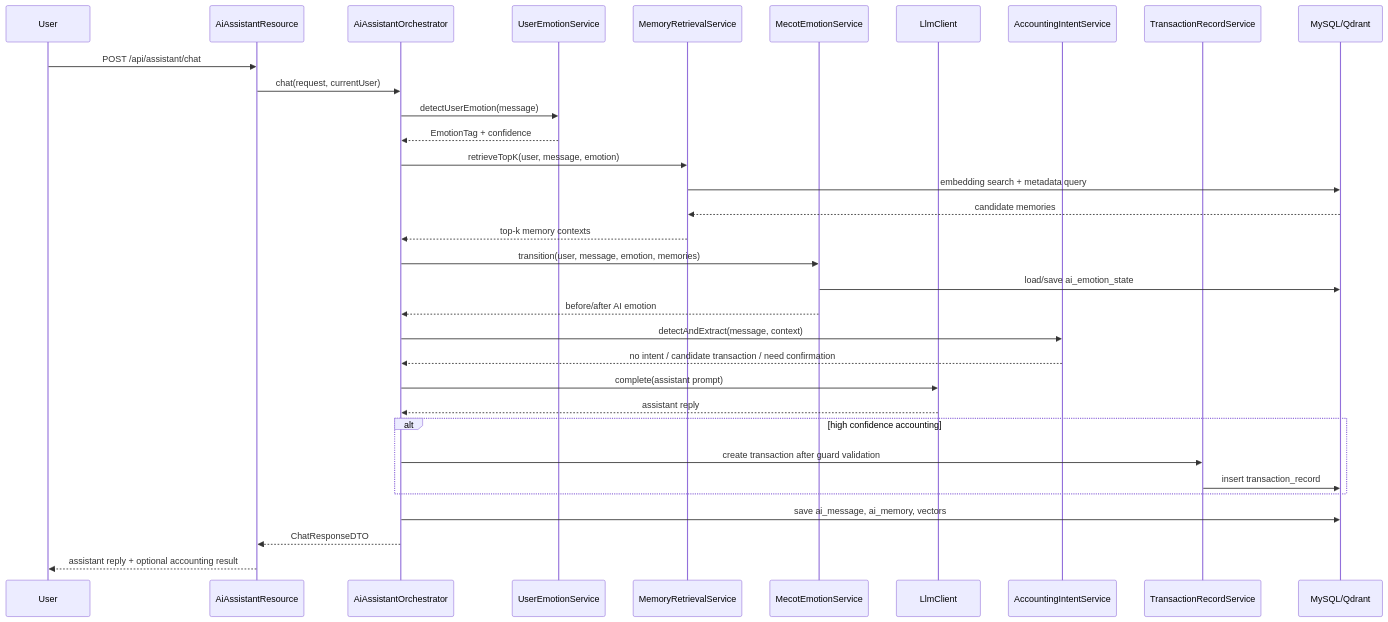
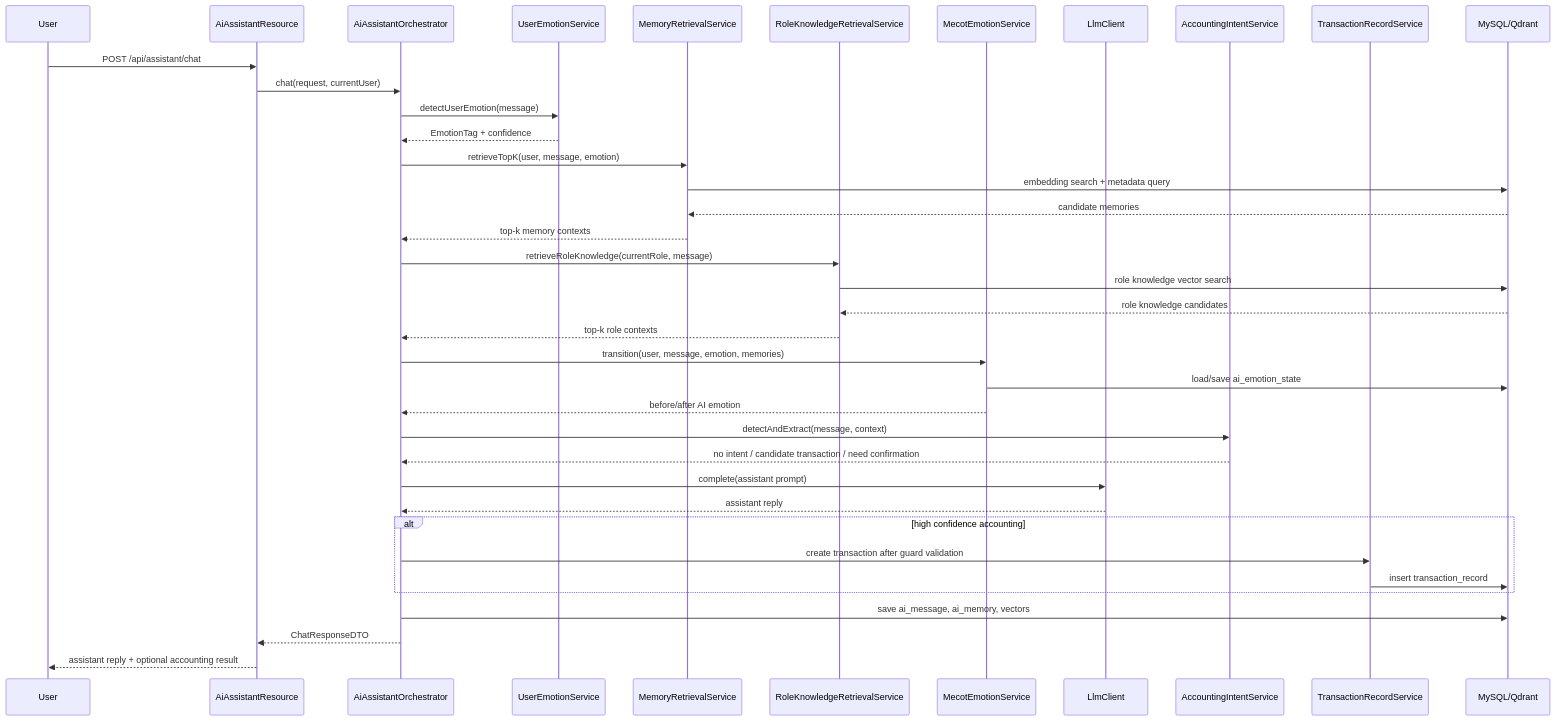
One commit to PurityDreemurr/EveryCent changed the diagram in docs/EveryCent_AI助理_MeCOT_RAG长期记忆详细设计文档.md. Above: the diagram before and after it, drawn with Mermaid. The commit also changed other lines of this file, not shown here.

````diff
--- a/docs/EveryCent_AI助理_MeCOT_RAG长期记忆详细设计文档.md
+++ b/docs/EveryCent_AI助理_MeCOT_RAG长期记忆详细设计文档.md
@@ -475,36 +677,41 @@
 ```mermaid
 sequenceDiagram
     participant U as User
     participant R as AiAssistantResource
     participant O as AiAssistantOrchestrator
     participant E as UserEmotionService
     participant M as MemoryRetrievalService
+    participant K as RoleKnowledgeRetrievalService
     participant S as MecotEmotionService
     participant L as LlmClient
     participant A as AccountingIntentService
     participant T as TransactionRecordService
     participant DB as MySQL/Qdrant
 
     U->>R: POST /api/assistant/chat
     R->>O: chat(request, currentUser)
     O->>E: detectUserEmotion(message)
     E-->>O: EmotionTag + confidence
     O->>M: retrieveTopK(user, message, emotion)
     M->>DB: embedding search + metadata query
     DB-->>M: candidate memories
     M-->>O: top-k memory contexts
+    O->>K: retrieveRoleKnowledge(currentRole, message)
+    K->>DB: role knowledge vector search
+    DB-->>K: role knowledge candidates
+    K-->>O: top-k role contexts
     O->>S: transition(user, message, emotion, memories)
     S->>DB: load/save ai_emotion_state
     S-->>O: before/after AI emotion
     O->>A: detectAndExtract(message, context)
     A-->>O: no intent / candidate transaction / need confirmation
     O->>L: complete(assistant prompt)
     L-->>O: assistant reply
     alt high confidence accounting
         O->>T: create transaction after guard validation
         T->>DB: insert transaction_record
     end
     O->>DB: save ai_message, ai_memory, vectors
     O-->>R: ChatResponseDTO
     R-->>U: assistant reply + optional accounting result
 ```
````
